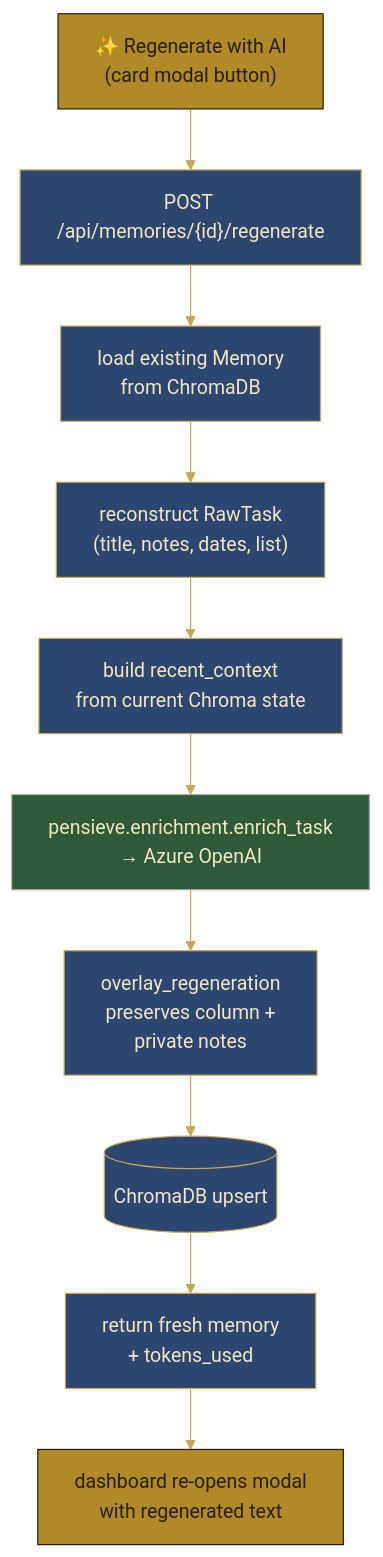
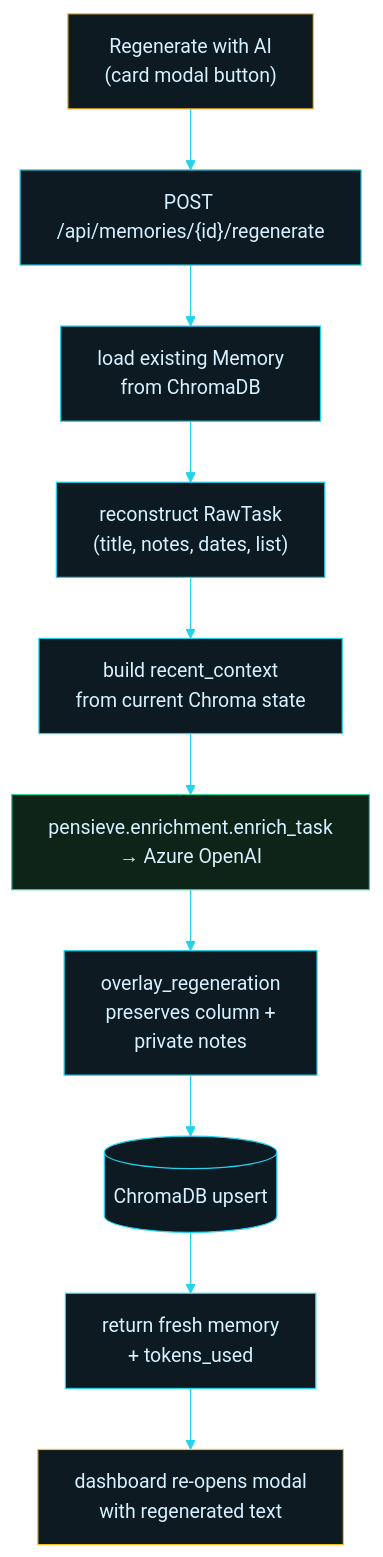
One commit to andy-herman/pensieve changed the third of 3 diagrams in README.md. Above: the diagram before and after it, drawn with Mermaid. The commit also changed other lines of this file and 4 other files, not shown here.

````diff
--- a/README.md
+++ b/README.md
@@ -291,24 +291,24 @@
 ```mermaid
-%%{init: {'theme':'base','themeVariables':{'primaryColor':'#2c4670','primaryTextColor':'#f3e7c4','primaryBorderColor':'#c9a655','lineColor':'#c9a655','fontFamily':'Cinzel, Georgia, serif'}}}%%
+%%{init: {'theme':'base','themeVariables':{'primaryColor':'#0b1418','primaryTextColor':'#d6f1ff','primaryBorderColor':'#22d3ee','lineColor':'#22d3ee','fontFamily':'Rajdhani, Share Tech Mono, monospace'}}}%%
 flowchart TD
-    BTN["✨ Regenerate with AI<br/>(card modal button)"]
+    BTN["Regenerate with AI<br/>(card modal button)"]
     POST["POST /api/memories/{id}/regenerate"]
     LOAD["load existing Memory<br/>from ChromaDB"]
     RAW["reconstruct RawTask<br/>(title, notes, dates, list)"]
     CTX["build recent_context<br/>from current Chroma state"]
     ENRICH["pensieve.enrichment.enrich_task<br/>→ Azure OpenAI"]
     OVERLAY["overlay_regeneration<br/>preserves column +<br/>private notes"]
     CHROMA[("ChromaDB upsert")]
     BACK["return fresh memory<br/>+ tokens_used"]
     REOPEN["dashboard re-opens modal<br/>with regenerated text"]
 
     BTN --> POST --> LOAD --> RAW --> CTX --> ENRICH
     ENRICH --> OVERLAY --> CHROMA --> BACK --> REOPEN
 
-    classDef hufflepuff fill:#b08a26,stroke:#2a1d10,color:#2a1d10
-    classDef ravenclaw  fill:#2c4670,stroke:#c9a655,color:#f3e7c4
-    classDef slytherin  fill:#2e5a3a,stroke:#a8a8a8,color:#f3e7c4
-    class BTN,REOPEN hufflepuff
-    class POST,LOAD,RAW,CTX,OVERLAY,CHROMA,BACK ravenclaw
-    class ENRICH slytherin
+    classDef dashRole fill:#0e1a22,stroke:#fbbf24,color:#d6f1ff
+    classDef coreRole fill:#0e1a22,stroke:#22d3ee,color:#d6f1ff
+    classDef llmRole  fill:#0e2418,stroke:#34d399,color:#d6f1ff
+    class BTN,REOPEN dashRole
+    class POST,LOAD,RAW,CTX,OVERLAY,CHROMA,BACK coreRole
+    class ENRICH llmRole
 ```
````
